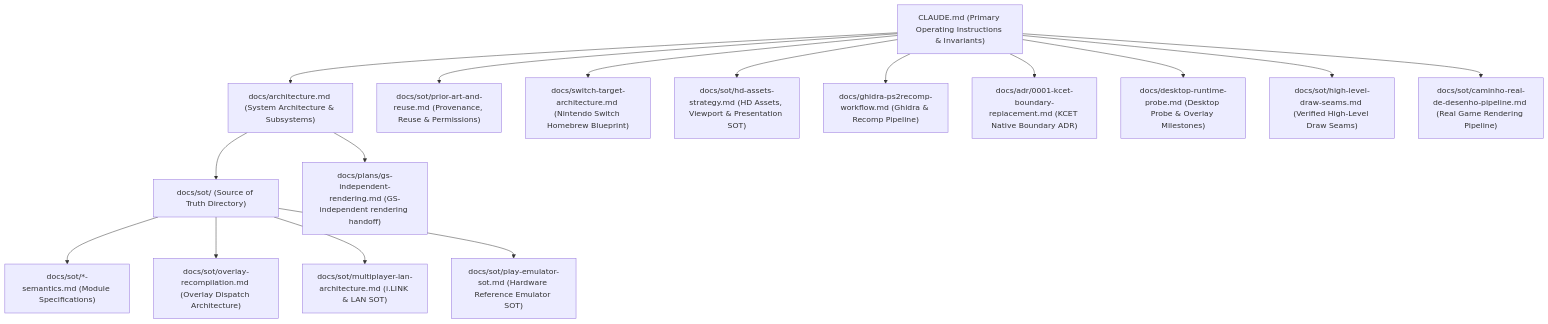
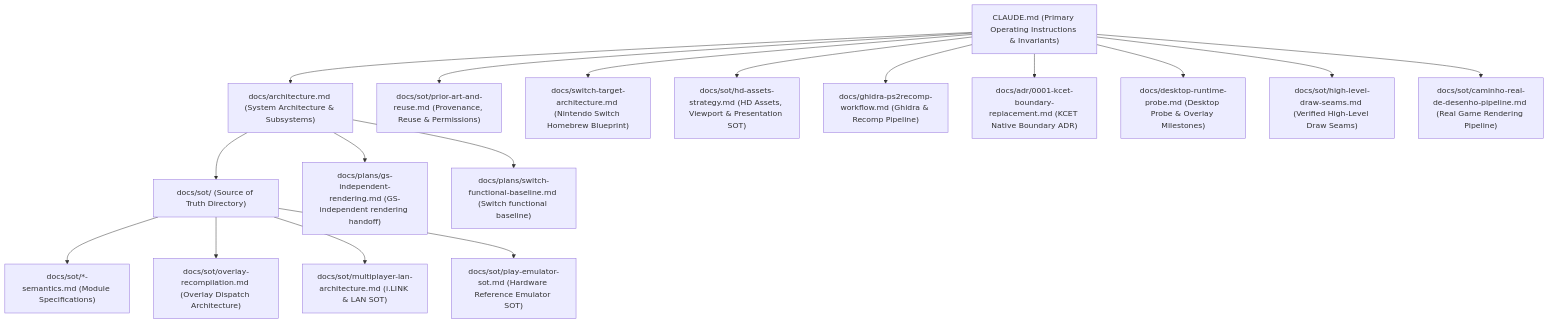
The diagram in docs/README.md (samuelcaldas/aoe2-ps2-recomp), drawn with Mermaid before and after one commit. The commit also changed other lines of this file and 2 other files, not shown here.

Commit message:
docs: update CLAUDE.md and architecture.md for clarity and consistency; enhance README.md with Switch functional baseline links

````diff
--- a/docs/README.md
+++ b/docs/README.md
@@ -9,20 +9,21 @@
 ```mermaid
 flowchart TD
     ROOT["CLAUDE.md (Primary Operating Instructions & Invariants)"] --> ARCH["docs/architecture.md (System Architecture & Subsystems)"]
     ROOT --> SOT_PRIOR["docs/sot/prior-art-and-reuse.md (Provenance, Reuse & Permissions)"]
     ROOT --> SWITCH["docs/switch-target-architecture.md (Nintendo Switch Homebrew Blueprint)"]
     ROOT --> HD_STRAT["docs/sot/hd-assets-strategy.md (HD Assets, Viewport & Presentation SOT)"]
     ROOT --> WORKFLOW["docs/ghidra-ps2recomp-workflow.md (Ghidra & Recomp Pipeline)"]
     ROOT --> ADR["docs/adr/0001-kcet-boundary-replacement.md (KCET Native Boundary ADR)"]
     ROOT --> PROBE["docs/desktop-runtime-probe.md (Desktop Probe & Overlay Milestones)"]
     ROOT --> DRAW_SEAMS["docs/sot/high-level-draw-seams.md (Verified High-Level Draw Seams)"]
     ROOT --> DRAW_PIPELINE["docs/sot/caminho-real-de-desenho-pipeline.md (Real Game Rendering Pipeline)"]
 
     ARCH --> SOT_INDEX["docs/sot/ (Source of Truth Directory)"]
     SOT_INDEX --> SOT_SEMANTICS["docs/sot/*-semantics.md (Module Specifications)"]
     SOT_INDEX --> SOT_OVERLAY["docs/sot/overlay-recompilation.md (Overlay Dispatch Architecture)"]
     SOT_INDEX --> SOT_LAN["docs/sot/multiplayer-lan-architecture.md (i.LINK & LAN SOT)"]
     SOT_INDEX --> SOT_PLAY["docs/sot/play-emulator-sot.md (Hardware Reference Emulator SOT)"]
 
     ARCH --> ACTIVE_PLAN["docs/plans/gs-independent-rendering.md (GS-independent rendering handoff)"]
+    ARCH --> SWITCH_PLAN["docs/plans/switch-functional-baseline.md (Switch functional baseline)"]
 ```
````
